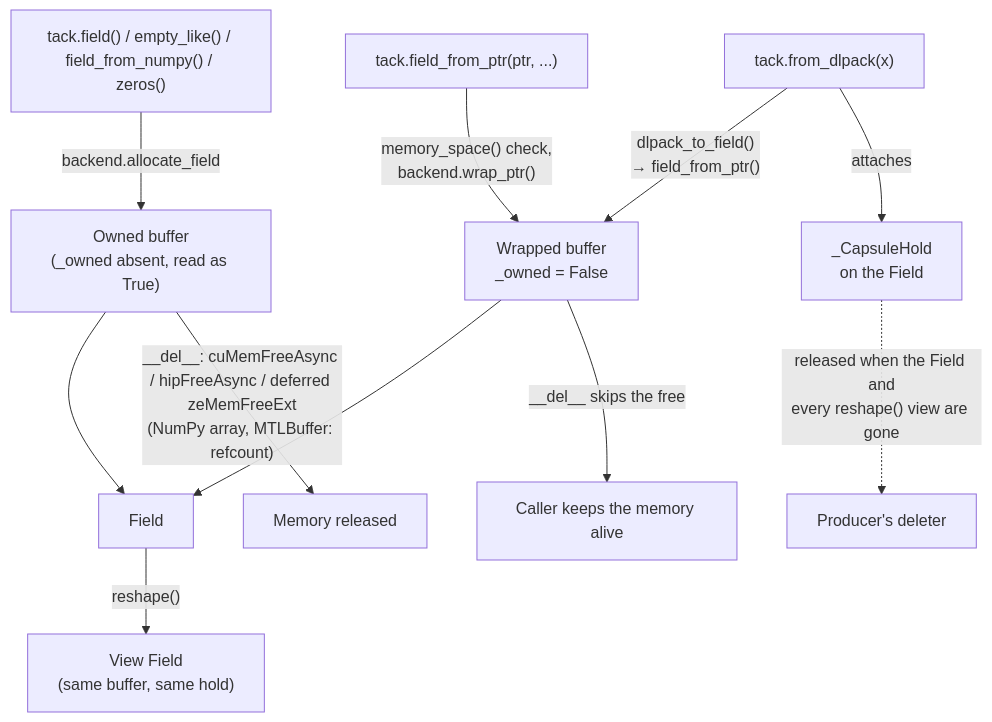
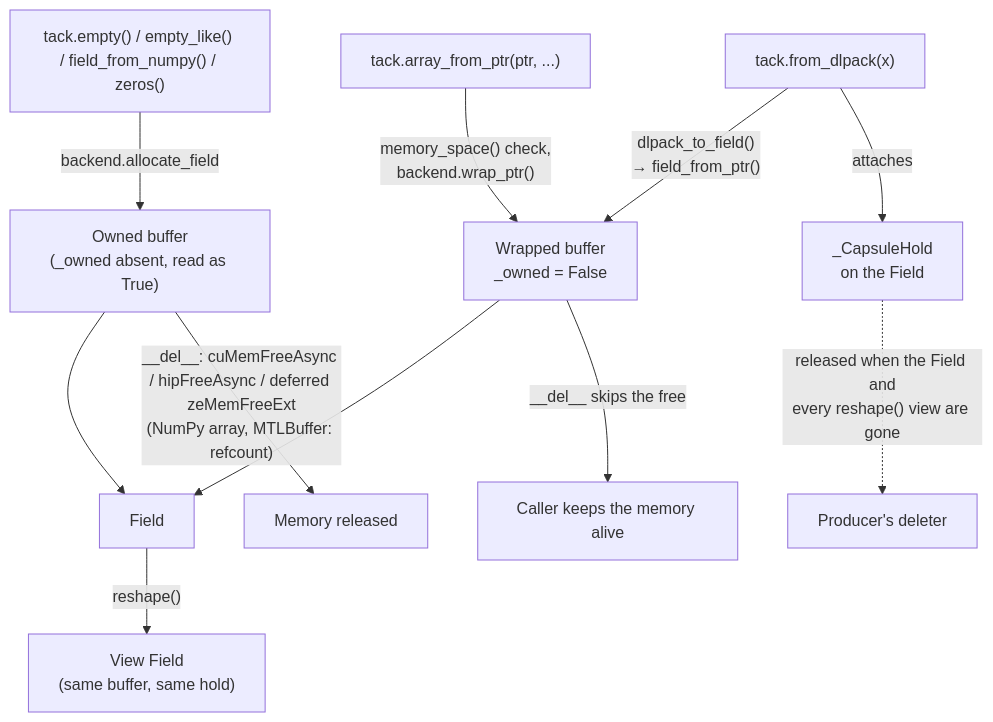
Before and after one commit to berkgeveci/tack: the diagram in docs/design/memory-and-aliasing.md, drawn with Mermaid. The commit also changed other lines of this file and 125 other files, not shown here.

````diff
--- a/docs/design/memory-and-aliasing.md
+++ b/docs/design/memory-and-aliasing.md
@@ -114,13 +114,13 @@
 ```mermaid
 flowchart TD
-    A["tack.field() / empty_like() / field_from_numpy() / zeros()"] -->|backend.allocate_field| OWN["Owned buffer<br/>(_owned absent, read as True)"]
-    B["tack.field_from_ptr(ptr, ...)"] -->|"memory_space() check,<br/>backend.wrap_ptr()"| WRAP["Wrapped buffer<br/>_owned = False"]
+    A["tack.empty() / empty_like() / field_from_numpy() / zeros()"] -->|backend.allocate_field| OWN["Owned buffer<br/>(_owned absent, read as True)"]
+    B["tack.array_from_ptr(ptr, ...)"] -->|"memory_space() check,<br/>backend.wrap_ptr()"| WRAP["Wrapped buffer<br/>_owned = False"]
     C["tack.from_dlpack(x)"] -->|"dlpack_to_field()<br/>→ field_from_ptr()"| WRAP
     C -->|attaches| HOLD["_CapsuleHold<br/>on the Field"]
     OWN --> F["Field"]
     WRAP --> F
     F -->|"reshape()"| V["View Field<br/>(same buffer, same hold)"]
     HOLD -.->|"released when the Field and<br/>every reshape() view are gone"| PROD["Producer's deleter"]
     OWN -->|"__del__: cuMemFreeAsync / hipFreeAsync / deferred zeMemFreeExt<br/>(NumPy array, MTLBuffer: refcount)"| FREE["Memory released"]
     WRAP -->|"__del__ skips the free"| KEEP["Caller keeps the memory alive"]
 ```
````
